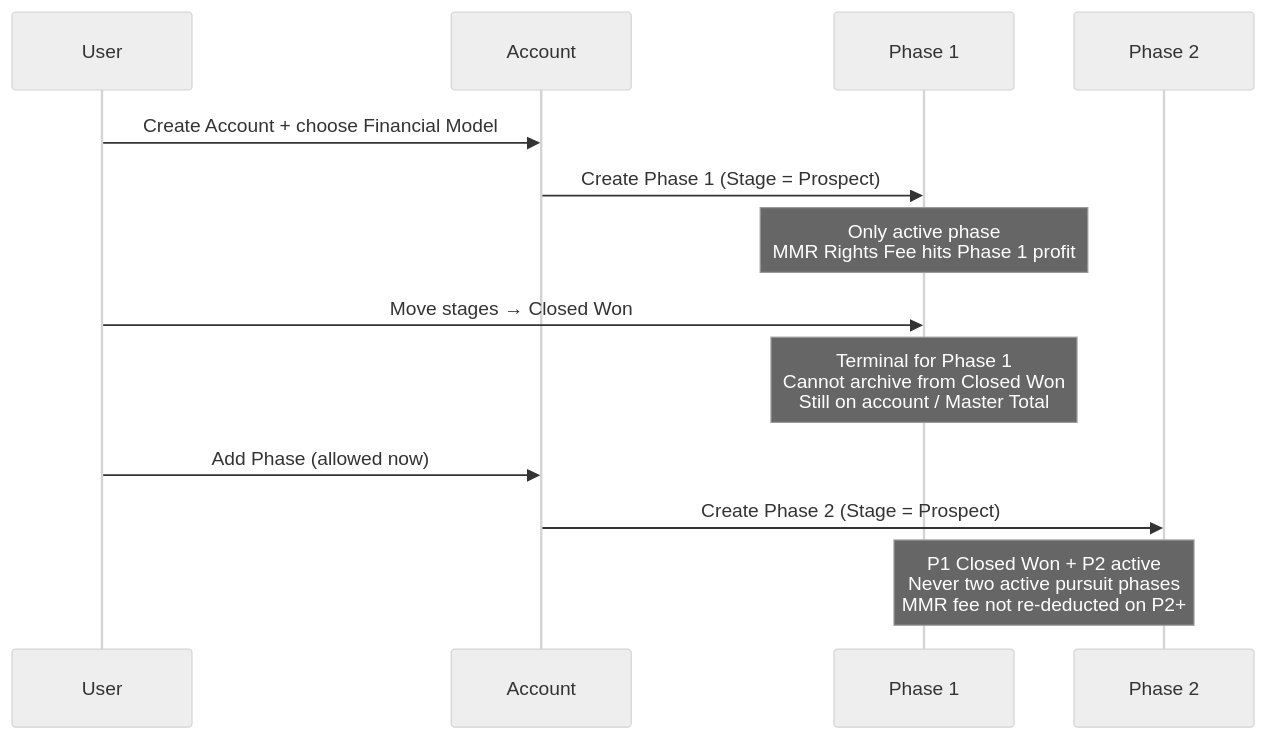
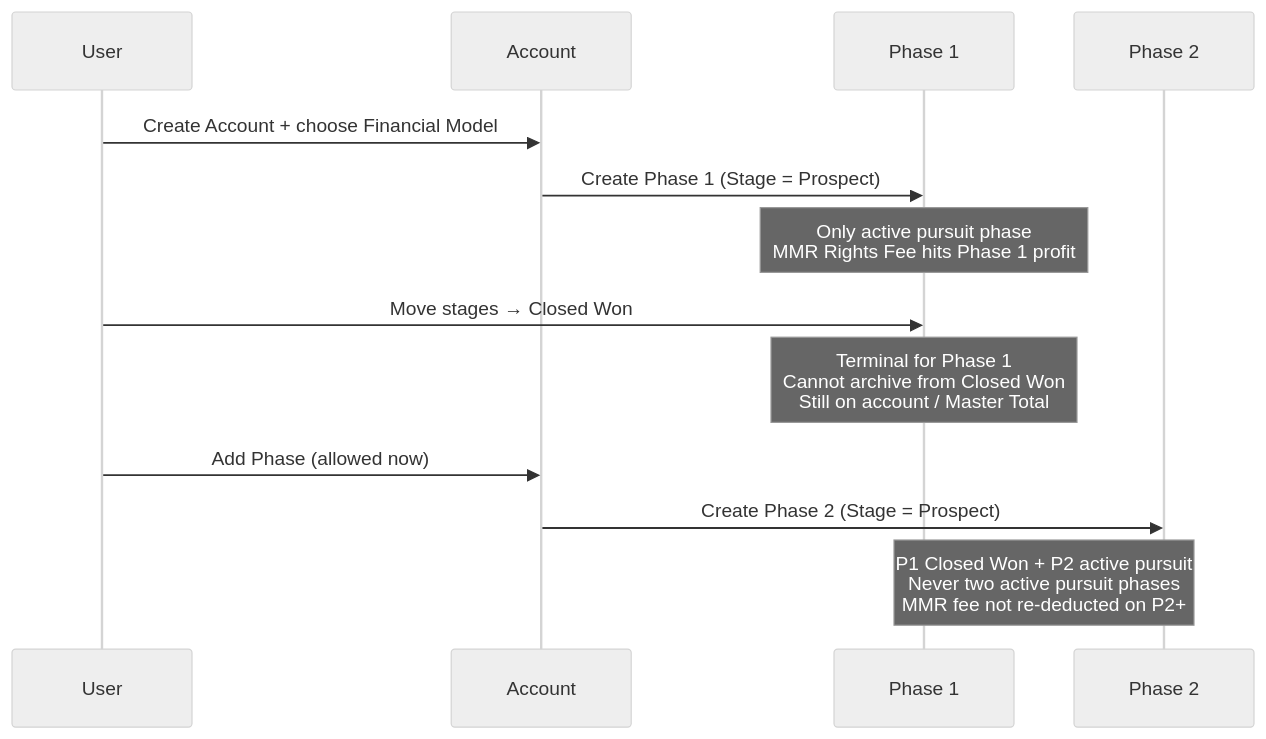
One commit to maulikrajput/EF changed the third of 7 diagrams in FLOW.md. Above: the diagram before and after it, drawn with Mermaid (neutral theme). The commit also changed other lines of this file, not shown here.

First line of the commit message:
Refine terminology and update flow descriptions

````diff
--- a/FLOW.md
+++ b/FLOW.md
@@ -143,18 +189,18 @@
 ```mermaid
 sequenceDiagram
     participant U as User
     participant A as Account
     participant P1 as Phase 1
     participant P2 as Phase 2
 
     U->>A: Create Account + choose Financial Model
     A->>P1: Create Phase 1 (Stage = Prospect)
-    Note over P1: Only active phase<br/>MMR Rights Fee hits Phase 1 profit
+    Note over P1: Only active pursuit phase<br/>MMR Rights Fee hits Phase 1 profit
 
     U->>P1: Move stages → Closed Won
     Note over P1: Terminal for Phase 1<br/>Cannot archive from Closed Won<br/>Still on account / Master Total
 
     U->>A: Add Phase (allowed now)
     A->>P2: Create Phase 2 (Stage = Prospect)
-    Note over P1,P2: P1 Closed Won + P2 active<br/>Never two active pursuit phases<br/>MMR fee not re-deducted on P2+
+    Note over P1,P2: P1 Closed Won + P2 active pursuit<br/>Never two active pursuit phases<br/>MMR fee not re-deducted on P2+
 ```
````
